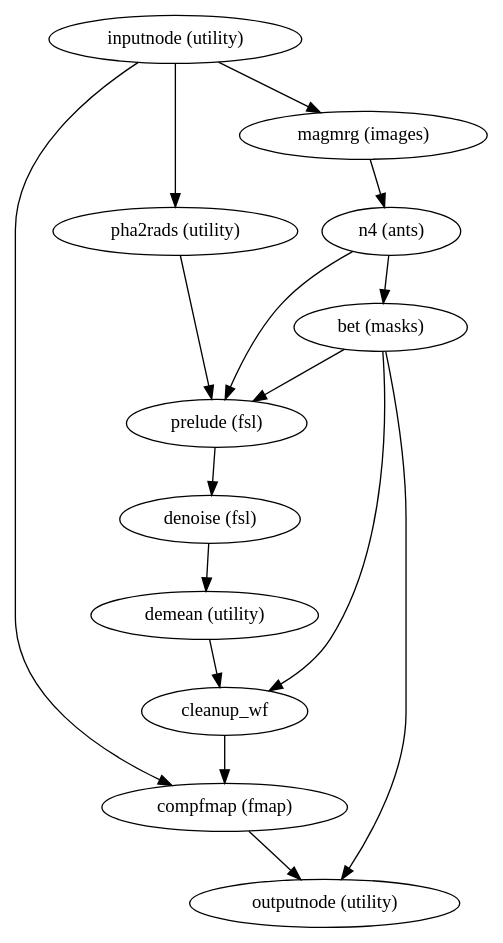
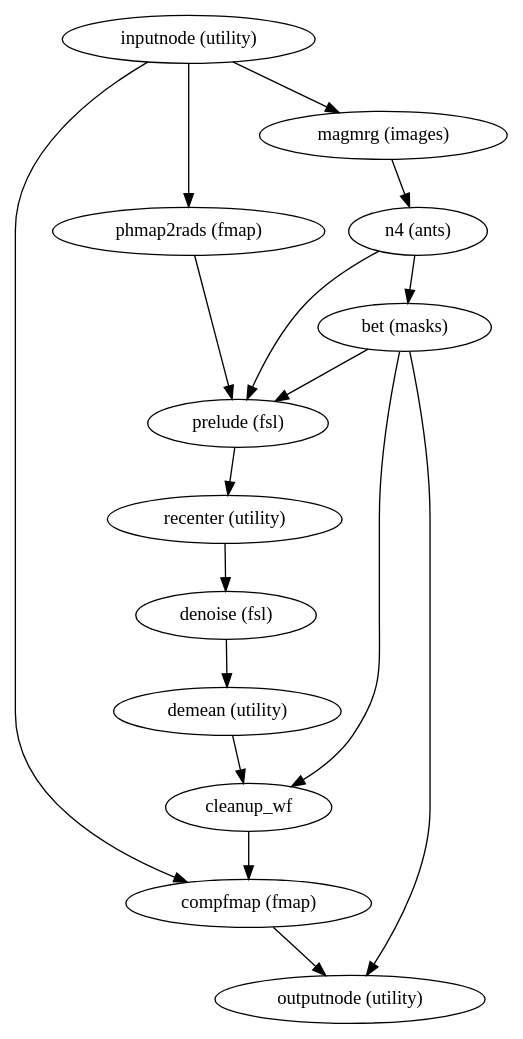
Before and after one commit to wayne009007/sdcflows: the diagram in master/wf_directive/api/phdiff_wf/sdcflows-workflows-phdiff-1.dot, drawn with Graphviz. The commit also changed 164 other files, not shown here.

```diff
--- a/master/wf_directive/api/phdiff_wf/sdcflows-workflows-phdiff-1.dot
+++ b/master/wf_directive/api/phdiff_wf/sdcflows-workflows-phdiff-1.dot
@@ -1,28 +1,30 @@
 strict digraph  {
 "inputnode (utility)";
 "compfmap (fmap)";
 "magmrg (images)";
-"pha2rads (utility)";
+"phmap2rads (fmap)";
 "outputnode (utility)";
 "n4 (ants)";
 "prelude (fsl)";
 "bet (masks)";
+"recenter (utility)";
+cleanup_wf;
 "denoise (fsl)";
-cleanup_wf;
 "demean (utility)";
 "inputnode (utility)" -> "compfmap (fmap)";
 "inputnode (utility)" -> "magmrg (images)";
-"inputnode (utility)" -> "pha2rads (utility)";
+"inputnode (utility)" -> "phmap2rads (fmap)";
 "compfmap (fmap)" -> "outputnode (utility)";
 "magmrg (images)" -> "n4 (ants)";
-"pha2rads (utility)" -> "prelude (fsl)";
+"phmap2rads (fmap)" -> "prelude (fsl)";
 "n4 (ants)" -> "prelude (fsl)";
 "n4 (ants)" -> "bet (masks)";
-"prelude (fsl)" -> "denoise (fsl)";
+"prelude (fsl)" -> "recenter (utility)";
 "bet (masks)" -> "prelude (fsl)";
 "bet (masks)" -> cleanup_wf;
 "bet (masks)" -> "outputnode (utility)";
+"recenter (utility)" -> "denoise (fsl)";
+cleanup_wf -> "compfmap (fmap)";
 "denoise (fsl)" -> "demean (utility)";
-cleanup_wf -> "compfmap (fmap)";
 "demean (utility)" -> cleanup_wf;
 }
```
